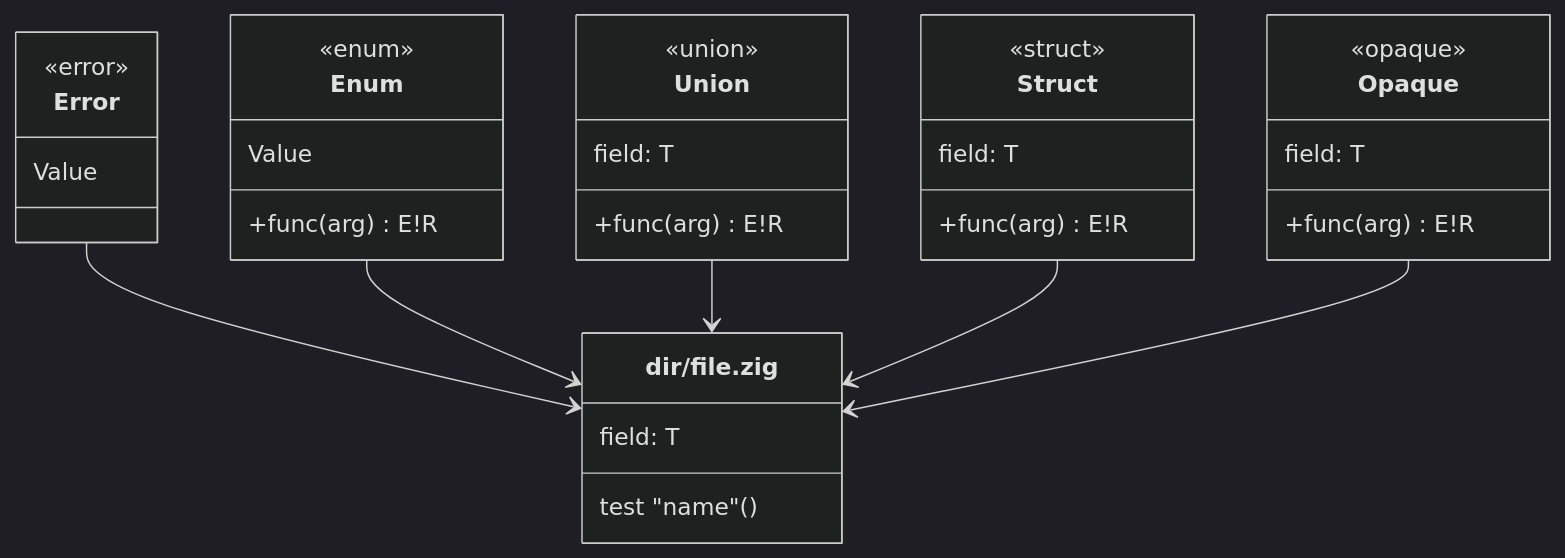
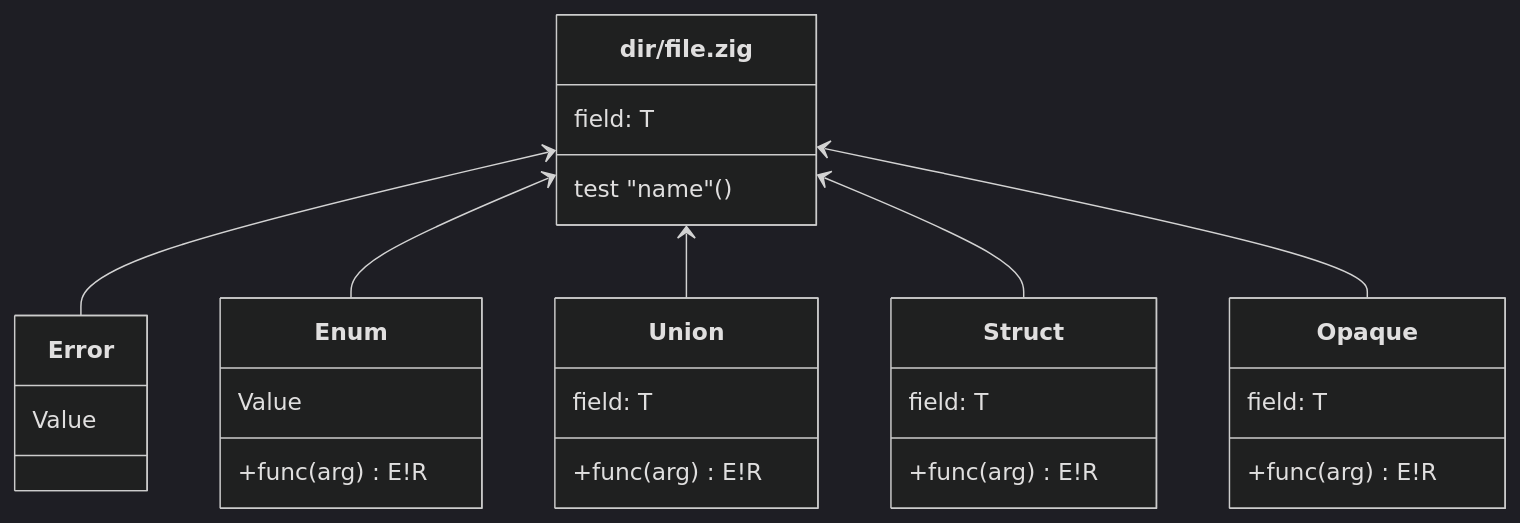
The diagram in README.md (tensorush/meduza), drawn with Mermaid (dark theme) before and after one commit. The commit also changed other lines of this file and 8 other files, not shown here.

````diff
--- a/README.md
+++ b/README.md
@@ -48,36 +48,31 @@
 ```mermaid
 classDiagram
     class `dir/file.zig` {
         field: T
         test "name"()
     }
     class Error {
-        <<error>>
         Value
     }
     class Enum {
-        <<enum>>
         Value
         +func(arg) E!R
     }
     class Union {
-        <<union>>
         field: T
         +func(arg) E!R
     }
     class Struct {
-        <<struct>>
         field: T
         +func(arg) E!R
     }
     class Opaque {
-        <<opaque>>
         field: T
         +func(arg) E!R
     }
-    Error --> `dir/file.zig`
-    Enum --> `dir/file.zig`
-    Union --> `dir/file.zig`
-    Struct --> `dir/file.zig`
-    Opaque --> `dir/file.zig`
+    `dir/file.zig` <-- Error
+    `dir/file.zig` <-- Enum
+    `dir/file.zig` <-- Union
+    `dir/file.zig` <-- Struct
+    `dir/file.zig` <-- Opaque
 ```
````
